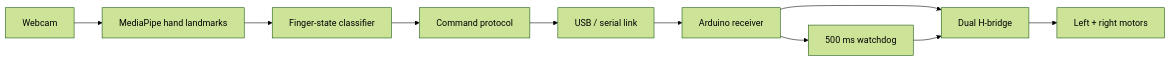
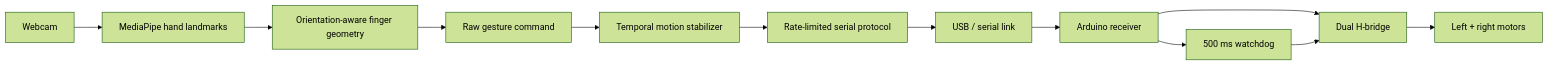
One commit to VivekVRobo/gesture-controlled-robot changed the diagram in README.md. Above: the diagram before and after it, drawn with Mermaid (forest theme). The commit also changed other lines of this file, not shown here.

Commit message:
docs: present gesture safety and evidence maturity

````diff
--- a/README.md
+++ b/README.md
@@ -11,12 +23,14 @@
 ```mermaid
 flowchart LR
     C[Webcam] --> MP[MediaPipe hand landmarks]
-    MP --> G[Finger-state classifier]
-    G --> P[Command protocol]
+    MP --> G[Orientation-aware finger geometry]
+    G --> RAW[Raw gesture command]
+    RAW --> ST[Temporal motion stabilizer]
+    ST --> P[Rate-limited serial protocol]
     P --> S[USB / serial link]
     S --> A[Arduino receiver]
     A --> H[Dual H-bridge]
     H --> M[Left + right motors]
     A --> W[500 ms watchdog]
     W --> H
 ```
````
